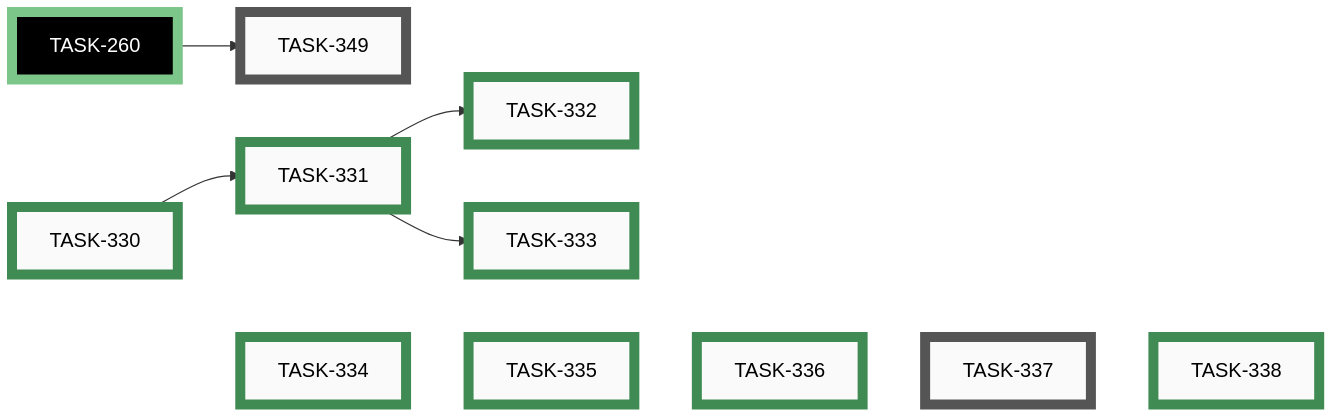
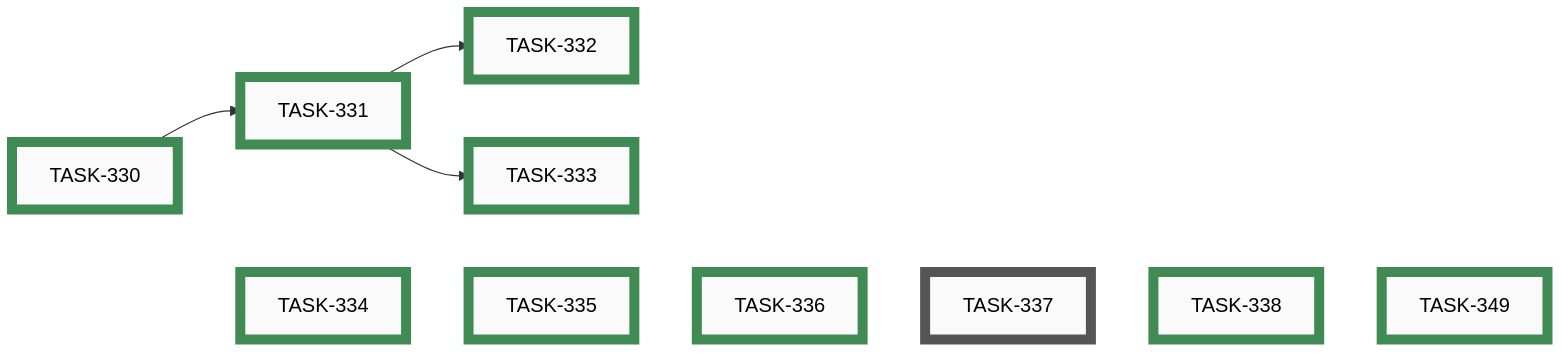
Before and after one commit to tgd1975/AwesomeStudioPedal: the eighth of 10 diagrams in docs/developers/tasks/EPICS.md, drawn with Mermaid. The commit also changed other lines of this file and 4 other files, not shown here.

First line of the commit message:
close TASK-349: Display unified version in mobile app — verify-only

````diff
--- a/docs/developers/tasks/EPICS.md
+++ b/docs/developers/tasks/EPICS.md
@@ -296,38 +296,35 @@
 ```mermaid
 graph LR
     TASK_337["TASK-337"]:::open
-    TASK_349["TASK-349"]:::open
     TASK_330["TASK-330"]:::closed
     TASK_331["TASK-331"]:::closed
     TASK_332["TASK-332"]:::closed
     TASK_333["TASK-333"]:::closed
     TASK_334["TASK-334"]:::closed
     TASK_335["TASK-335"]:::closed
     TASK_336["TASK-336"]:::closed
     TASK_338["TASK-338"]:::closed
-    TASK_260["TASK-260"]:::closedExt
-    TASK_260 --> TASK_349
+    TASK_349["TASK-349"]:::closed
     TASK_330 --> TASK_331
     TASK_331 --> TASK_332
     TASK_331 --> TASK_333
-    TASK_330 ~~~ TASK_334 ~~~ TASK_335 ~~~ TASK_336 ~~~ TASK_337 ~~~ TASK_338
+    TASK_330 ~~~ TASK_334 ~~~ TASK_335 ~~~ TASK_336 ~~~ TASK_337 ~~~ TASK_338 ~~~ TASK_349
     click TASK_337 "open/task-337-firmware-expose-version-config-active-profile.md"
-    click TASK_349 "open/task-349-display-unified-version-in-mobile-app.md"
     click TASK_330 "closed/task-330-decide-content-page-open-questions.md"
     click TASK_331 "closed/task-331-add-info-about-page.md"
     click TASK_332 "closed/task-332-add-howto-quickstart-page.md"
     click TASK_333 "closed/task-333-add-profiles-troubleshooting-legal-pages.md"
     click TASK_334 "closed/task-334-add-startup-splash-screen.md"
     click TASK_335 "closed/task-335-add-connection-status-strip-and-details-sheet.md"
     click TASK_336 "closed/task-336-add-connected-pedal-page-board-only.md"
     click TASK_338 "closed/task-338-add-hid-display-table-and-live-keystroke-page.md"
-    click TASK_260 "closed/task-260-unify-version-numbers-across-deliverables.md"
+    click TASK_349 "closed/task-349-display-unified-version-in-mobile-app.md"
     classDef open    fill:#FAFAFA,stroke:#555,stroke-width:8px,color:#000
     classDef active  fill:#FAFAFA,stroke:#1A6FA8,stroke-width:8px,color:#000
     classDef closed  fill:#FAFAFA,stroke:#3F8B53,stroke-width:8px,color:#000
     classDef paused  fill:#FAFAFA,stroke:#B07810,stroke-width:8px,color:#000
     classDef openExt    fill:#000,stroke:#888,stroke-width:8px,color:#FFF
     classDef activeExt  fill:#000,stroke:#3FA9F5,stroke-width:8px,color:#FFF
     classDef closedExt  fill:#000,stroke:#7CC68A,stroke-width:8px,color:#FFF
     classDef pausedExt  fill:#000,stroke:#F0B030,stroke-width:8px,color:#FFF
 ```
````
